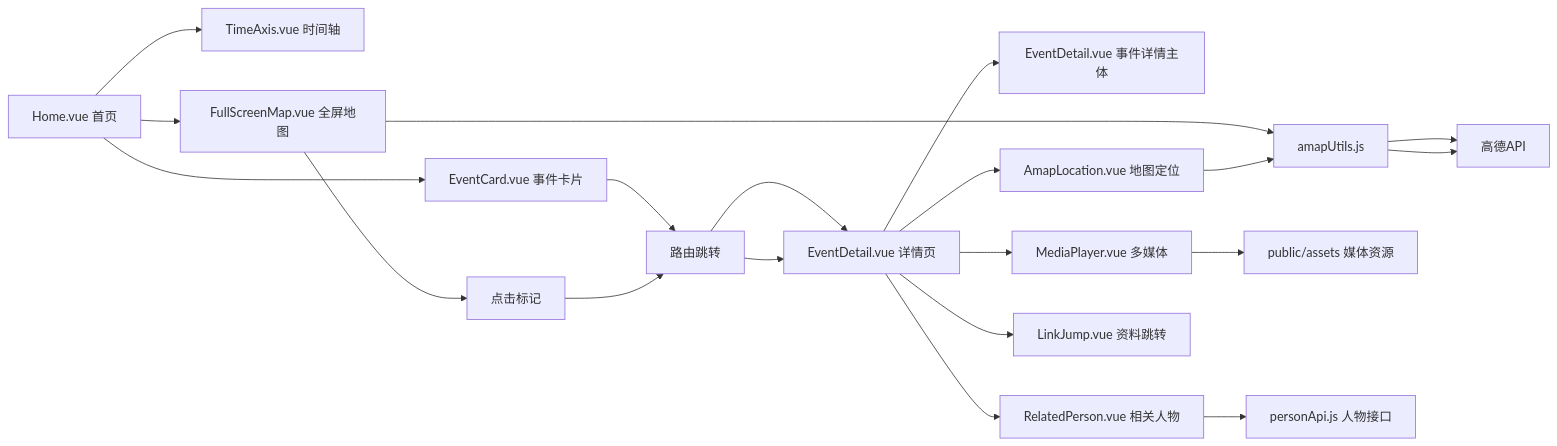
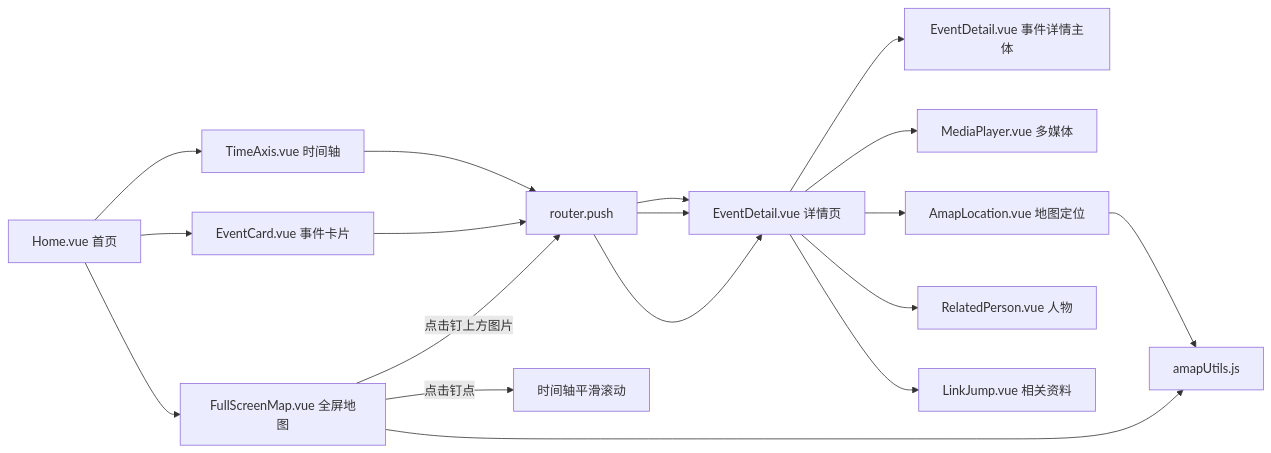
The first of 2 diagrams in Struct.md (PengZhangSDF/RedHistoryTimeLine), drawn with Mermaid before and after one commit. The commit also changed other lines of this file and 1 other file, not shown here.

````diff
--- a/Struct.md
+++ b/Struct.md
@@ -57,20 +60,21 @@
 ```mermaid
 graph LR
-    HomePage[Home.vue 首页] --> TimeAxis[TimeAxis.vue 时间轴]
-    HomePage --> EventCard[EventCard.vue 事件卡片]
-    HomePage --> FullScreenMap[FullScreenMap.vue 全屏地图]
-    
-    EventCard --> Router[路由跳转] --> DetailPage[EventDetail.vue 详情页]
-    FullScreenMap --> AmapUtils[amapUtils.js] --> 高德API
-    FullScreenMap --> 点击标记 --> Router --> DetailPage
-    
-    DetailPage --> EventDetail[EventDetail.vue 事件详情主体]
+    Home[Home.vue 首页] --> TimeAxis[TimeAxis.vue 时间轴]
+    Home --> EventCard[EventCard.vue 事件卡片]
+    Home --> FullScreenMap[FullScreenMap.vue 全屏地图]
+
+    TimeAxis --> Router[router.push] --> DetailPage[EventDetail.vue 详情页]
+    EventCard --> Router --> DetailPage
+
+    FullScreenMap -->|点击钉点| TimeAxisScroll[时间轴平滑滚动]
+    FullScreenMap -->|点击钉上方图片| Router --> DetailPage
+
+    DetailPage --> EventDetailCmp[EventDetail.vue 事件详情主体]
     DetailPage --> MediaPlayer[MediaPlayer.vue 多媒体]
     DetailPage --> AmapLocation[AmapLocation.vue 地图定位]
-    DetailPage --> RelatedPerson[RelatedPerson.vue 相关人物]
-    DetailPage --> LinkJump[LinkJump.vue 资料跳转]
-    
-    AmapLocation --> AmapUtils --> 高德API
-    MediaPlayer --> PublicAssets[public/assets 媒体资源]
-    RelatedPerson --> PersonApi[personApi.js 人物接口]
+    DetailPage --> RelatedPerson[RelatedPerson.vue 人物]
+    DetailPage --> LinkJump[LinkJump.vue 相关资料]
+
+    AmapLocation --> AmapUtils[amapUtils.js]
+    FullScreenMap --> AmapUtils
 ```
````
